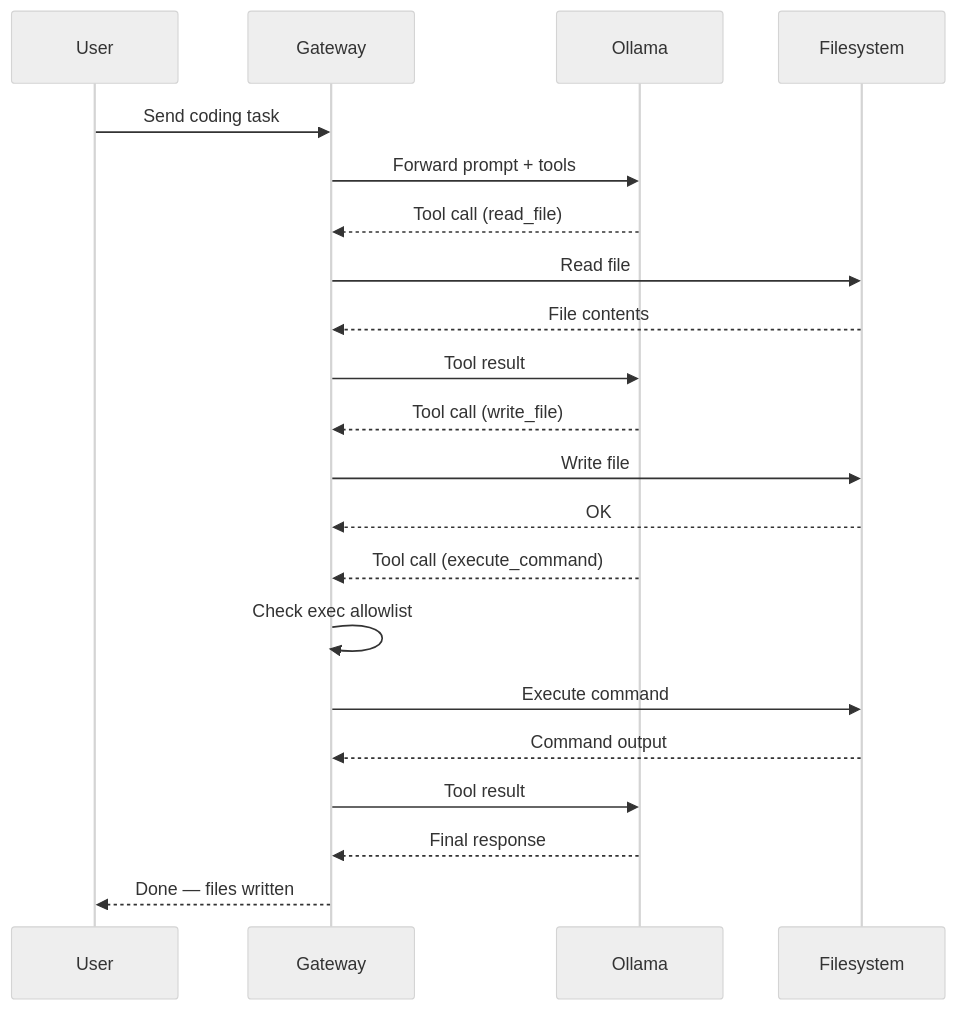
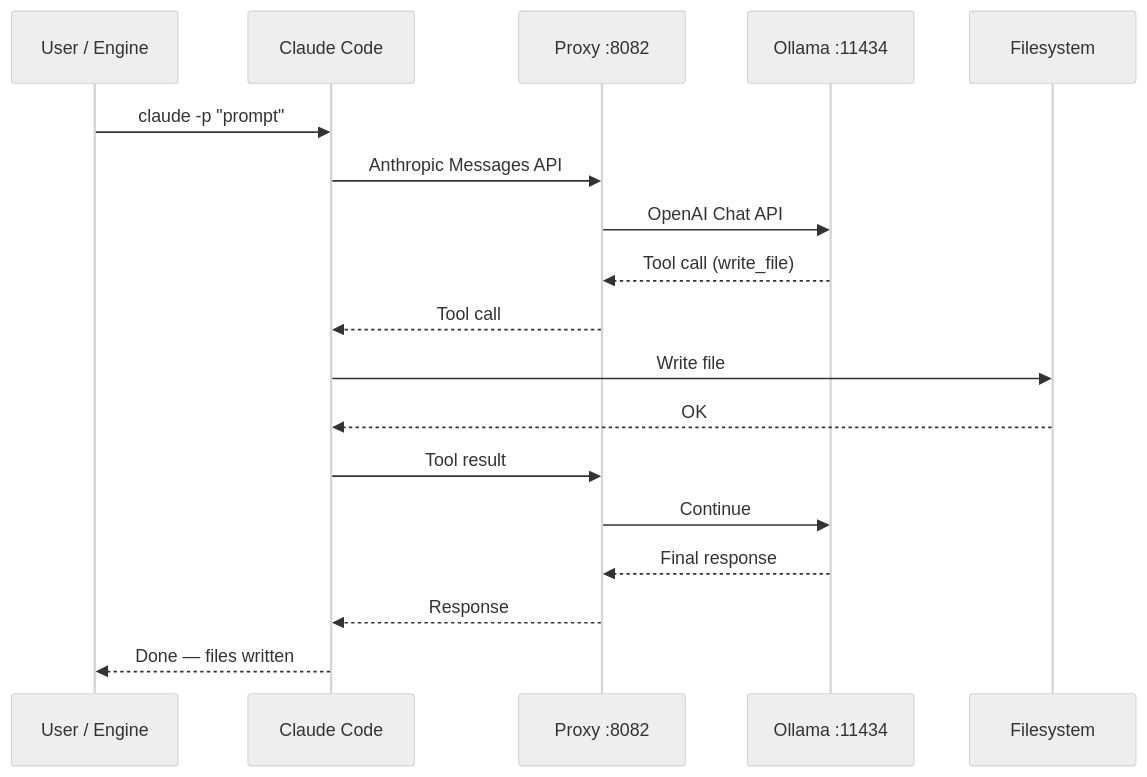
One commit to mvalancy/tritium-coder changed the second of 6 diagrams in docs/architecture.md. Above: the diagram before and after it, drawn with Mermaid (neutral theme). The commit also changed other lines of this file and 16 other files, not shown here.

````diff
--- a/docs/architecture.md
+++ b/docs/architecture.md
@@ -42,24 +47,21 @@
 ```mermaid
 sequenceDiagram
-    participant U as User
-    participant G as Gateway
-    participant O as Ollama
+    participant U as User / Engine
+    participant CC as Claude Code
+    participant P as Proxy :8082
+    participant O as Ollama :11434
     participant FS as Filesystem
 
-    U->>G: Send coding task
-    G->>O: Forward prompt + tools
-    O-->>G: Tool call (read_file)
-    G->>FS: Read file
-    FS-->>G: File contents
-    G->>O: Tool result
-    O-->>G: Tool call (write_file)
-    G->>FS: Write file
-    FS-->>G: OK
-    O-->>G: Tool call (execute_command)
-    G->>G: Check exec allowlist
-    G->>FS: Execute command
-    FS-->>G: Command output
-    G->>O: Tool result
-    O-->>G: Final response
-    G-->>U: Done — files written
+    U->>CC: claude -p "prompt"
+    CC->>P: Anthropic Messages API
+    P->>O: OpenAI Chat API
+    O-->>P: Tool call (write_file)
+    P-->>CC: Tool call
+    CC->>FS: Write file
+    FS-->>CC: OK
+    CC->>P: Tool result
+    P->>O: Continue
+    O-->>P: Final response
+    P-->>CC: Response
+    CC-->>U: Done — files written
 ```
````
